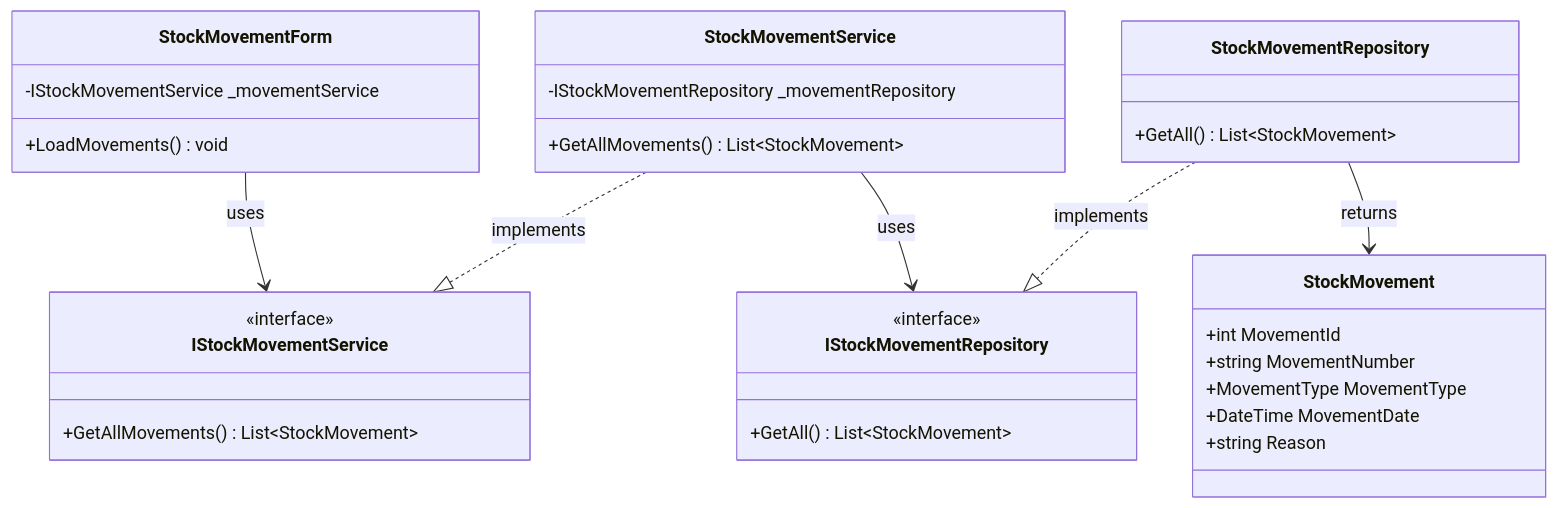
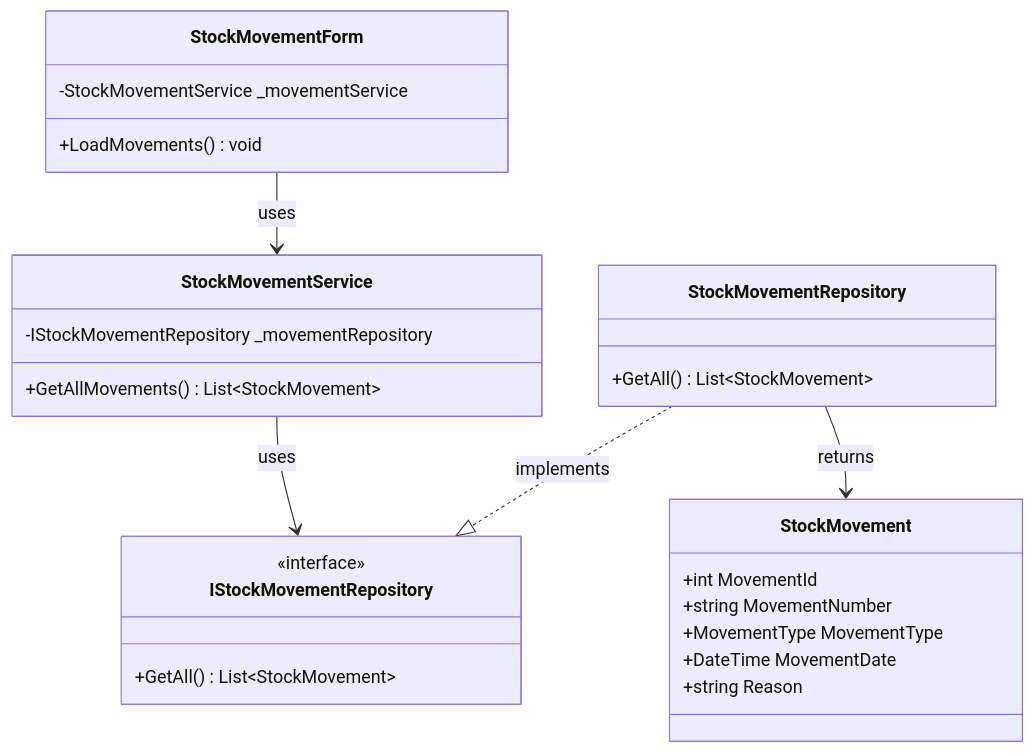
One commit to nahuk86/tp_diploma_nk_2026 changed the third of 16 diagrams in Documentation/UML_Diagrams/14_Movements_UseCases.md. Above: the diagram before and after it, drawn with Mermaid. The commit also changed other lines of this file and 5 other files, not shown here.

First line of the commit message:
Fix UML documentation: remove non-existent BLL service interfaces

````diff
--- a/Documentation/UML_Diagrams/14_Movements_UseCases.md
+++ b/Documentation/UML_Diagrams/14_Movements_UseCases.md
@@ -172,40 +160,35 @@
 ```mermaid
 classDiagram
     class StockMovementForm {
-        -IStockMovementService _movementService
+        -StockMovementService _movementService
         +LoadMovements() void
     }
 
-    class IStockMovementService {
-        <<interface>>
-        +GetAllMovements() List~StockMovement~
-    }
 
     class StockMovementService {
         -IStockMovementRepository _movementRepository
         +GetAllMovements() List~StockMovement~
     }
 
     class IStockMovementRepository {
         <<interface>>
         +GetAll() List~StockMovement~
     }
 
     class StockMovementRepository {
         +GetAll() List~StockMovement~
     }
 
     class StockMovement {
         +int MovementId
         +string MovementNumber
         +MovementType MovementType
         +DateTime MovementDate
         +string Reason
     }
 
-    StockMovementForm --> IStockMovementService : uses
-    StockMovementService ..|> IStockMovementService : implements
+    StockMovementForm --> StockMovementService : uses
     StockMovementService --> IStockMovementRepository : uses
     StockMovementRepository ..|> IStockMovementRepository : implements
     StockMovementRepository --> StockMovement : returns
 ```
````
